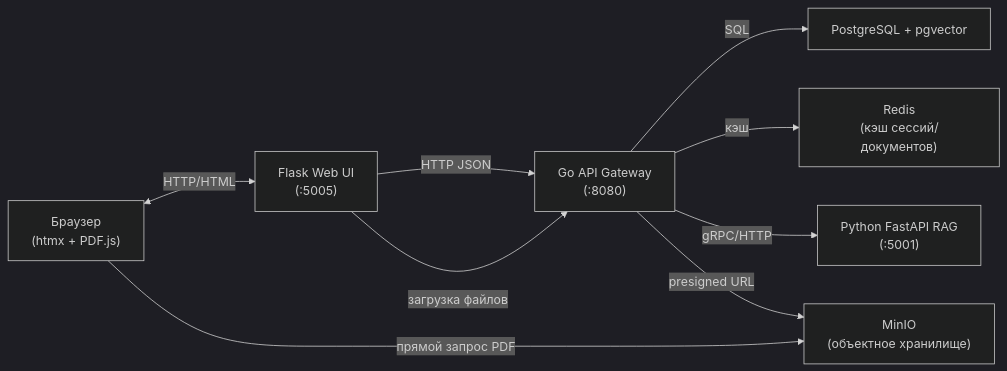
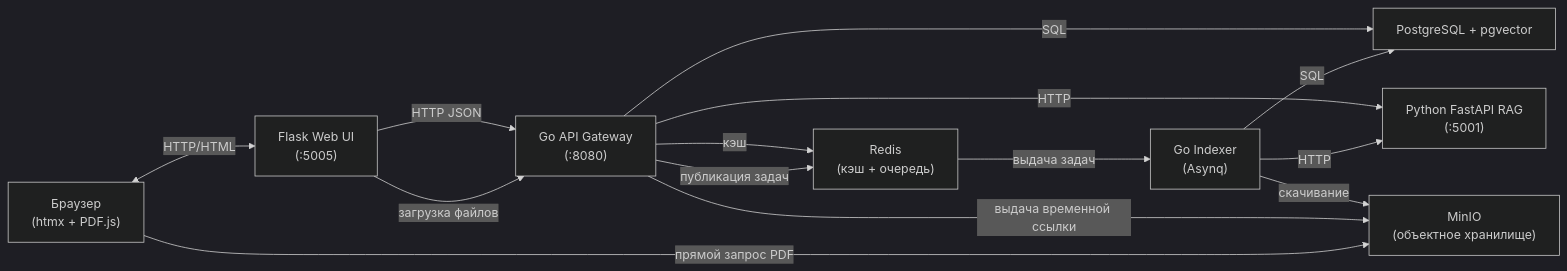
The diagram in README.md (AndB0ndar/doc-archive), drawn with Mermaid (dark theme) before and after one commit. The commit also changed other lines of this file and 44 other files, not shown here.

````diff
--- a/README.md
+++ b/README.md
@@ -24,19 +37,27 @@
 ```mermaid
 flowchart LR
     Browser["Браузер\n(htmx + PDF.js)"]
     WebUI["Flask Web UI\n(:5005)"]
     GoAPI["Go API Gateway\n(:8080)"]
     Postgres["PostgreSQL + pgvector"]
-    Redis["Redis\n(кэш сессий/документов)"]
+    Redis["Redis\n(кэш + очередь)"]
+    Indexer["Go Indexer\n(Asynq)"]
     RAG["Python FastAPI RAG\n(:5001)"]
     MinIO["MinIO\n(объектное хранилище)"]
 
     Browser <-->|HTTP/HTML| WebUI
     WebUI -->|HTTP JSON| GoAPI
     GoAPI -->|SQL| Postgres
+    GoAPI -->|HTTP| RAG
     GoAPI -->|кэш| Redis
-    GoAPI -->|gRPC/HTTP| RAG
-    GoAPI -->|presigned URL| MinIO
+
+    GoAPI -->|публикация задач| Redis
+    Redis -->|выдача задач| Indexer
+    Indexer -->|HTTP| RAG
+    Indexer -->|SQL| Postgres
+    Indexer -->|скачивание| MinIO
+
+    GoAPI -->|выдача временной ссылки| MinIO
     WebUI -->|загрузка файлов| GoAPI
     Browser -->|прямой запрос PDF| MinIO
 ```
````
